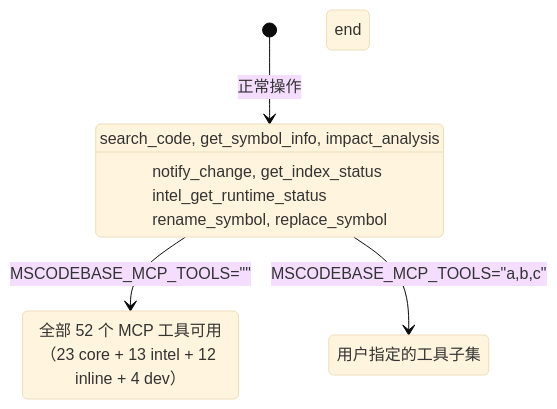
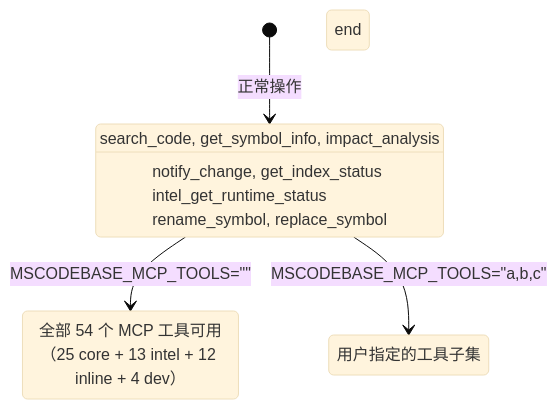
One commit to ManSio/mscodebase-intelligence changed the third of 4 diagrams in docs/zh/GRACEFUL_DEGRADATION.md. Above: the diagram before and after it, drawn with Mermaid (base theme). The commit also changed 36 other files, not shown here.

First line of the commit message:
feat(lsp): type-info/diagnostics MCP tools + pre-flight check_types in WriteTool

````diff
--- a/docs/zh/GRACEFUL_DEGRADATION.md
+++ b/docs/zh/GRACEFUL_DEGRADATION.md
@@ -83,22 +83,22 @@
 ```mermaid
 stateDiagram-v2
     [*] --> DEFAULT_TOOLS: 正常操作
 
     state DEFAULT_TOOLS[可见: 12 个工具]
         DEFAULT_TOOLS: search_code, get_symbol_info, impact_analysis
         DEFAULT_TOOLS: notify_change, get_index_status
         DEFAULT_TOOLS: intel_get_runtime_status
         DEFAULT_TOOLS: rename_symbol, replace_symbol
     end
 
     DEFAULT_TOOLS --> ALL_TOOLS: MSCODEBASE_MCP_TOOLS=""
     DEFAULT_TOOLS --> CUSTOM_TOOLS: MSCODEBASE_MCP_TOOLS="a,b,c"
 
-    state ALL_TOOLS[可见: 52 个工具]
-        ALL_TOOLS: 全部 52 个 MCP 工具可用（23 core + 13 intel + 12 inline + 4 dev）
+    state ALL_TOOLS[可见: 54 个工具]
+        ALL_TOOLS: 全部 54 个 MCP 工具可用（25 core + 13 intel + 12 inline + 4 dev）
     end
 
     state CUSTOM_TOOLS[自定义选择]
         CUSTOM_TOOLS: 用户指定的工具子集
     end
 ```
````
